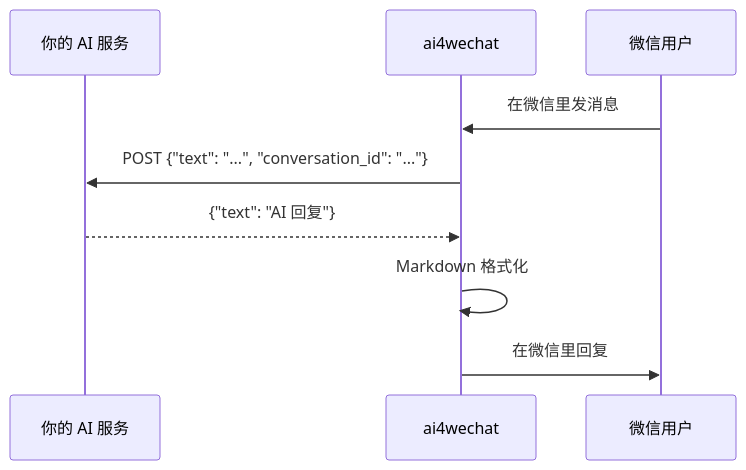
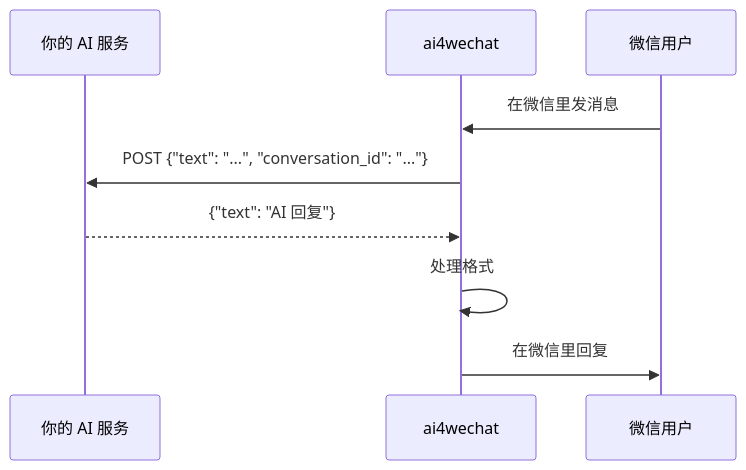
One commit to yoligehude14753/ai4wechat changed the diagram in README_CN.md. Above: the diagram before and after it, drawn with Mermaid. The commit also changed other lines of this file, not shown here.

````diff
--- a/README_CN.md
+++ b/README_CN.md
@@ -52,12 +56,12 @@
 ```mermaid
 sequenceDiagram
     participant Service as 你的 AI 服务
     participant Bridge as ai4wechat
     participant User as 微信用户
 
     User->>Bridge: 在微信里发消息
     Bridge->>Service: POST {"text": "...", "conversation_id": "..."}
     Service-->>Bridge: {"text": "AI 回复"}
-    Bridge->>Bridge: Markdown 格式化
+    Bridge->>Bridge: 处理格式
     Bridge->>User: 在微信里回复
 ```
````
